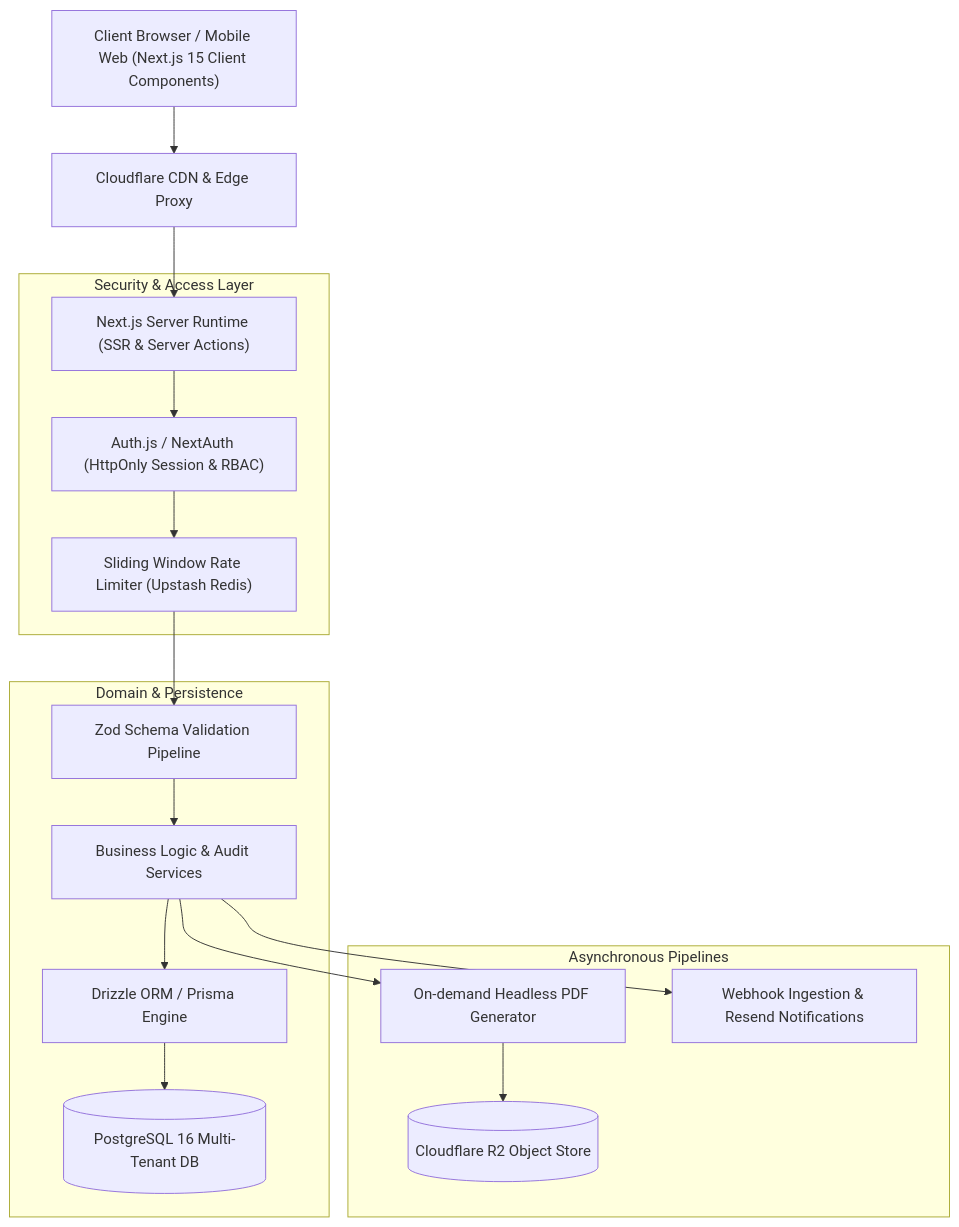
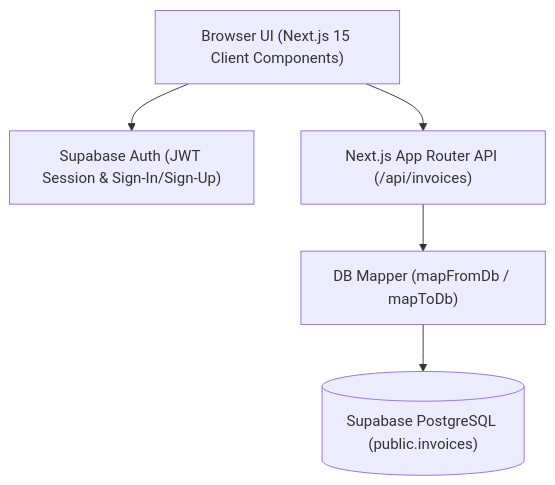
The diagram in README.md (mboa181-tech/project1-app), drawn with Mermaid before and after one commit. The commit also changed other lines of this file, not shown here.

Commit message:
docs(readme): sync documentation with Supabase PostgreSQL, Auth, IDR, and bilingual features

````diff
--- a/README.md
+++ b/README.md
@@ -48,23 +36,7 @@
 ```mermaid
 flowchart TD
-    Client["Client Browser / Mobile Web (Next.js 15 Client Components)"] --> Edge["Cloudflare CDN & Edge Proxy"]
-    Edge --> AppRouter["Next.js Server Runtime (SSR & Server Actions)"]
-    
-    subgraph Security & Access Layer
-        AppRouter --> AuthMiddleware["Auth.js / NextAuth (HttpOnly Session & RBAC)"]
-        AuthMiddleware --> RateLimiter["Sliding Window Rate Limiter (Upstash Redis)"]
-    end
-    
-    subgraph Domain & Persistence
-        RateLimiter --> ZodValidation["Zod Schema Validation Pipeline"]
-        ZodValidation --> ServiceLayer["Business Logic & Audit Services"]
-        ServiceLayer --> ORM["Drizzle ORM / Prisma Engine"]
-        ORM --> Postgres[("PostgreSQL 16 Multi-Tenant DB")]
-    end
-    
-    subgraph Asynchronous Pipelines
-        ServiceLayer --> PDFWorker["On-demand Headless PDF Generator"]
-        PDFWorker --> S3Storage[("Cloudflare R2 Object Store")]
-        ServiceLayer --> EventDispatcher["Webhook Ingestion & Resend Notifications"]
-    end
+    Client["Browser UI (Next.js 15 Client Components)"] --> Auth["Supabase Auth (JWT Session & Sign-In/Sign-Up)"]
+    Client --> API["Next.js App Router API (/api/invoices)"]
+    API --> Mapper["DB Mapper (mapFromDb / mapToDb)"]
+    Mapper --> Postgres[("Supabase PostgreSQL (public.invoices)")]
 ```
````
